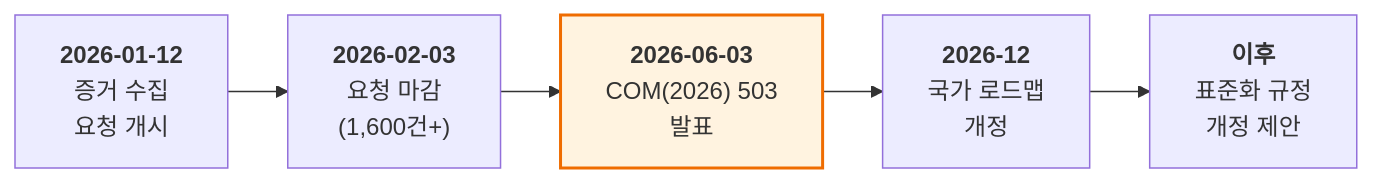
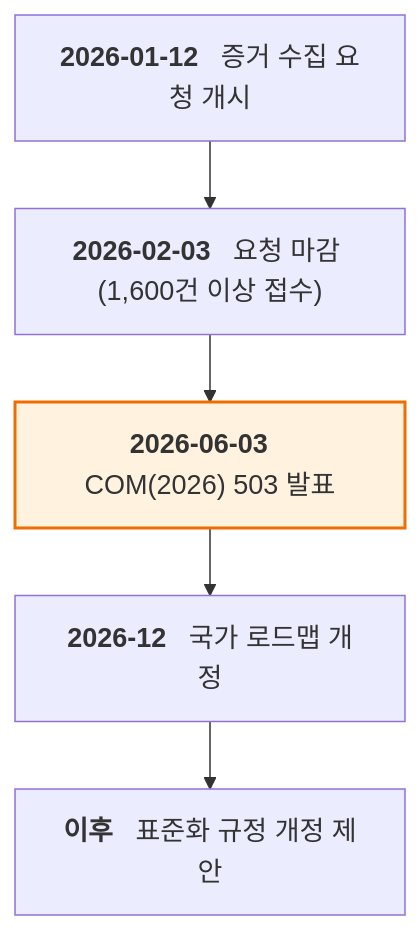
Before and after one commit to haksungjang/haksungjang.github.io: the third of 3 diagrams in content/en/research/2026-eu-open-source-strategy/_index.md, drawn with Mermaid. The commit also changed other lines of this file, not shown here.

````diff
--- a/content/en/research/2026-eu-open-source-strategy/_index.md
+++ b/content/en/research/2026-eu-open-source-strategy/_index.md
@@ -94,6 +99,11 @@
 ```mermaid
-%%{init: {'theme':'default', 'themeVariables': {'fontSize':'16px'}, 'flowchart': {'nodeSpacing': 30, 'rankSpacing': 40}} }%%
-flowchart LR
-    J["<b>2026-01-12</b><br/>증거 수집<br/>요청 개시"] --> F["<b>2026-02-03</b><br/>요청 마감<br/>(1,600건+)"] --> P["<b>2026-06-03</b><br/>COM(2026) 503<br/>발표"] --> D["<b>2026-12</b><br/>국가 로드맵<br/>개정"] --> S["<b>이후</b><br/>표준화 규정<br/>개정 제안"]
+%%{init: {'theme':'default', 'themeVariables': {'fontSize':'18px'}, 'flowchart': {'nodeSpacing': 35, 'rankSpacing': 45}} }%%
+flowchart TD
+    J["<b>2026-01-12</b> &nbsp; 증거 수집 요청 개시"]
+    F["<b>2026-02-03</b> &nbsp; 요청 마감 (1,600건 이상 접수)"]
+    P["<b>2026-06-03</b> &nbsp; COM(2026) 503 발표"]
+    D["<b>2026-12</b> &nbsp; 국가 로드맵 개정"]
+    S["<b>이후</b> &nbsp; 표준화 규정 개정 제안"]
+    J --> F --> P --> D --> S
     style P fill:#fff3e0,stroke:#ef6c00,stroke-width:2px
 ```
````
